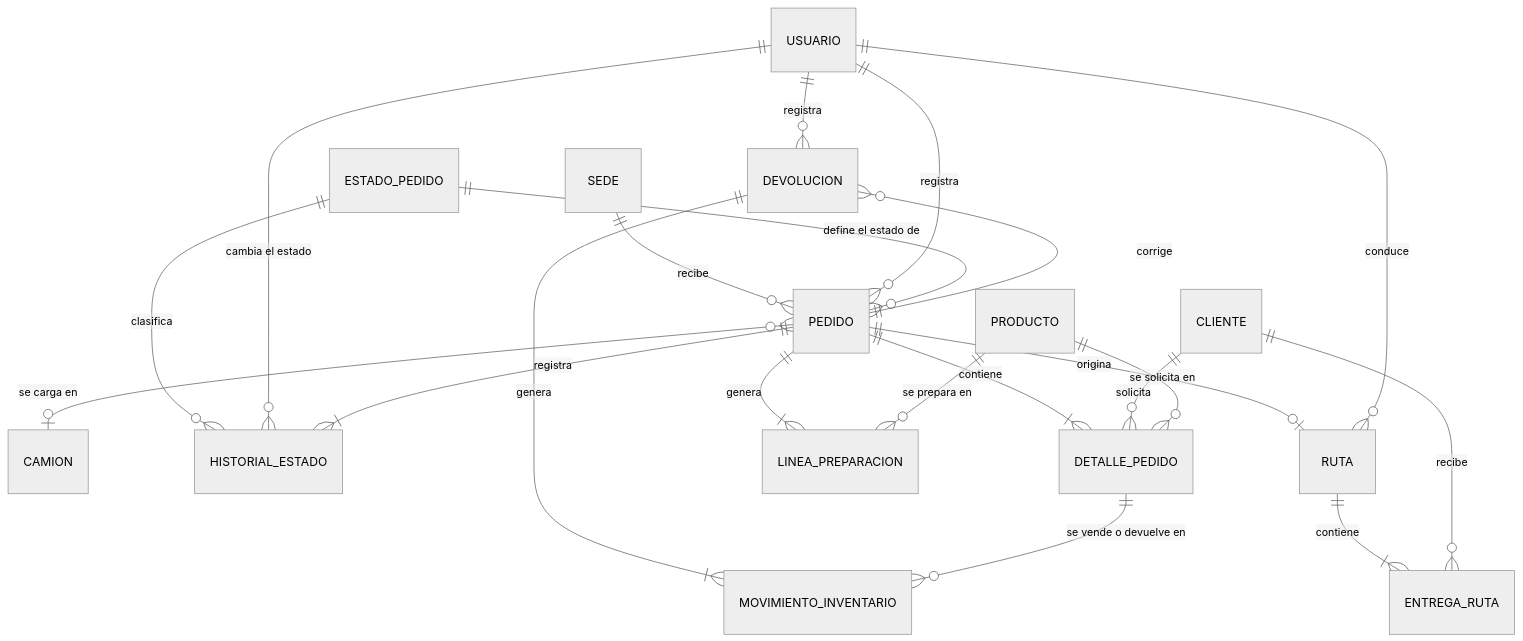
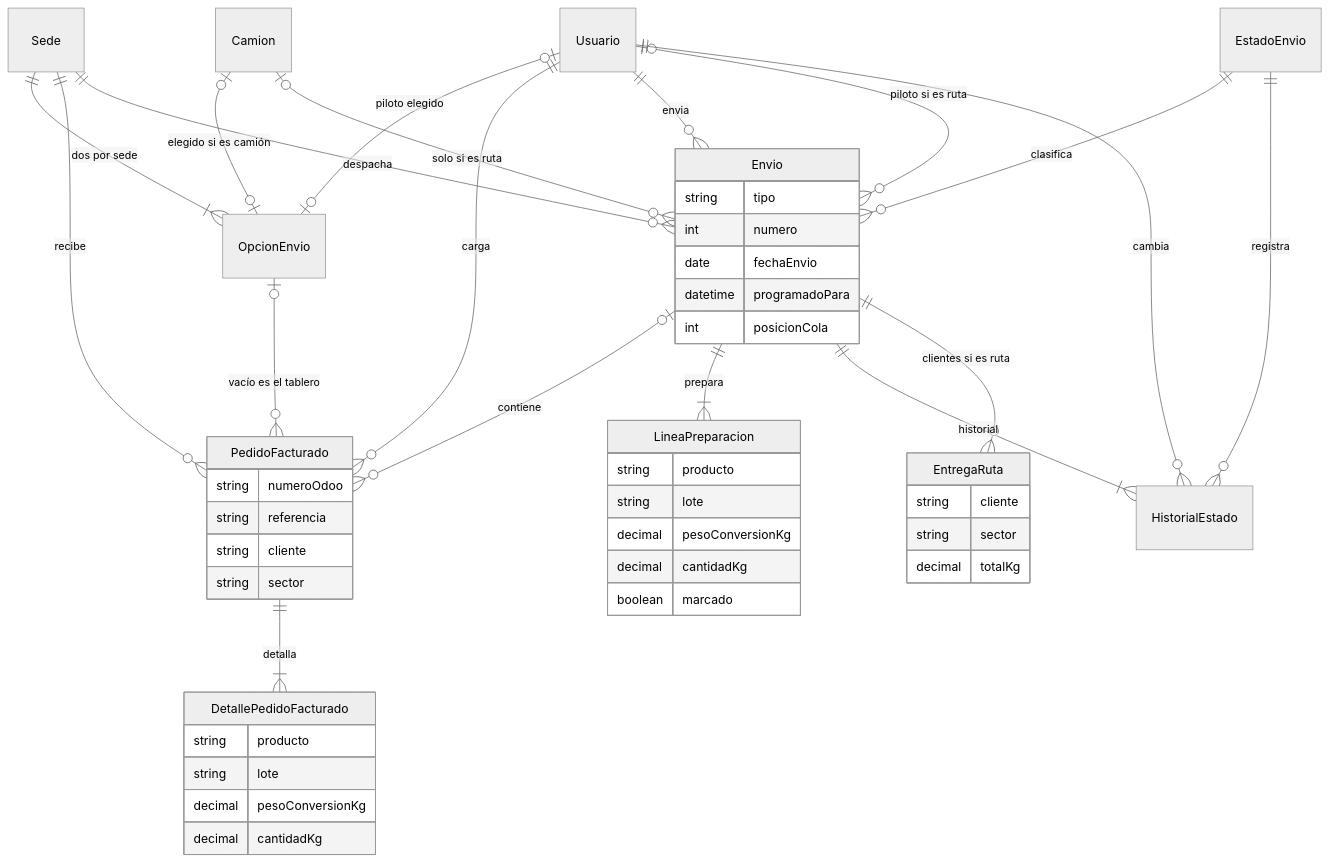
The diagram in entregable-1/diagramas/figura-7-modelo-er-pedidos.mmd (jordin-garcia/proyecto_incovsa), drawn with Mermaid (neutral theme) before and after one commit. The commit also changed 55 other files, not shown here.

```diff
--- a/entregable-1/diagramas/figura-7-modelo-er-pedidos.mmd
+++ b/entregable-1/diagramas/figura-7-modelo-er-pedidos.mmd
@@ -1,21 +1,54 @@
+%% Picking. Nombres de prisma/schema.prisma.
+%% Sin cliente, sector, catálogo de productos, ruta aparte,
+%% devolución, existencia ni traslado (specs/14).
 erDiagram
-    SEDE ||--o{ PEDIDO : recibe
-    USUARIO ||--o{ PEDIDO : registra
-    PEDIDO }o--o| CAMION : "se carga en"
-    ESTADO_PEDIDO ||--o{ PEDIDO : "define el estado de"
-    ESTADO_PEDIDO ||--o{ HISTORIAL_ESTADO : clasifica
-    USUARIO ||--o{ HISTORIAL_ESTADO : "cambia el estado"
-    PEDIDO ||--|{ HISTORIAL_ESTADO : registra
-    PEDIDO ||--|{ DETALLE_PEDIDO : contiene
-    CLIENTE ||--o{ DETALLE_PEDIDO : solicita
-    PRODUCTO ||--o{ DETALLE_PEDIDO : "se solicita en"
-    PEDIDO ||--|{ LINEA_PREPARACION : genera
-    PRODUCTO ||--o{ LINEA_PREPARACION : "se prepara en"
-    PEDIDO ||--o| RUTA : origina
-    USUARIO ||--o{ RUTA : conduce
-    RUTA ||--|{ ENTREGA_RUTA : contiene
-    CLIENTE ||--o{ ENTREGA_RUTA : recibe
-    DEVOLUCION }o--|| PEDIDO : "corrige"
-    USUARIO ||--o{ DEVOLUCION : registra
-    DEVOLUCION ||--|{ MOVIMIENTO_INVENTARIO : genera
-    DETALLE_PEDIDO ||--o{ MOVIMIENTO_INVENTARIO : "se vende o devuelve en"
+    Sede ||--|{ OpcionEnvio : "dos por sede"
+    Camion |o--o| OpcionEnvio : "elegido si es camión"
+    Usuario |o--o| OpcionEnvio : "piloto elegido"
+    Sede ||--o{ PedidoFacturado : recibe
+    Usuario ||--o{ PedidoFacturado : carga
+    OpcionEnvio |o--o{ PedidoFacturado : "vacío es el tablero"
+    Envio |o--o{ PedidoFacturado : contiene
+    PedidoFacturado ||--|{ DetallePedidoFacturado : detalla
+    Sede ||--o{ Envio : despacha
+    EstadoEnvio ||--o{ Envio : clasifica
+    Usuario ||--o{ Envio : envia
+    Camion |o--o{ Envio : "solo si es ruta"
+    Usuario |o--o{ Envio : "piloto si es ruta"
+    Envio ||--|{ LineaPreparacion : prepara
+    Envio ||--|{ HistorialEstado : historial
+    Usuario ||--o{ HistorialEstado : cambia
+    EstadoEnvio ||--o{ HistorialEstado : registra
+    Envio ||--o{ EntregaRuta : "clientes si es ruta"
+
+    PedidoFacturado {
+        string numeroOdoo
+        string referencia
+        string cliente
+        string sector
+    }
+    DetallePedidoFacturado {
+        string producto
+        string lote
+        decimal pesoConversionKg
+        decimal cantidadKg
+    }
+    Envio {
+        string tipo
+        int numero
+        date fechaEnvio
+        datetime programadoPara
+        int posicionCola
+    }
+    LineaPreparacion {
+        string producto
+        string lote
+        decimal pesoConversionKg
+        decimal cantidadKg
+        boolean marcado
+    }
+    EntregaRuta {
+        string cliente
+        string sector
+        decimal totalKg
+    }
```
